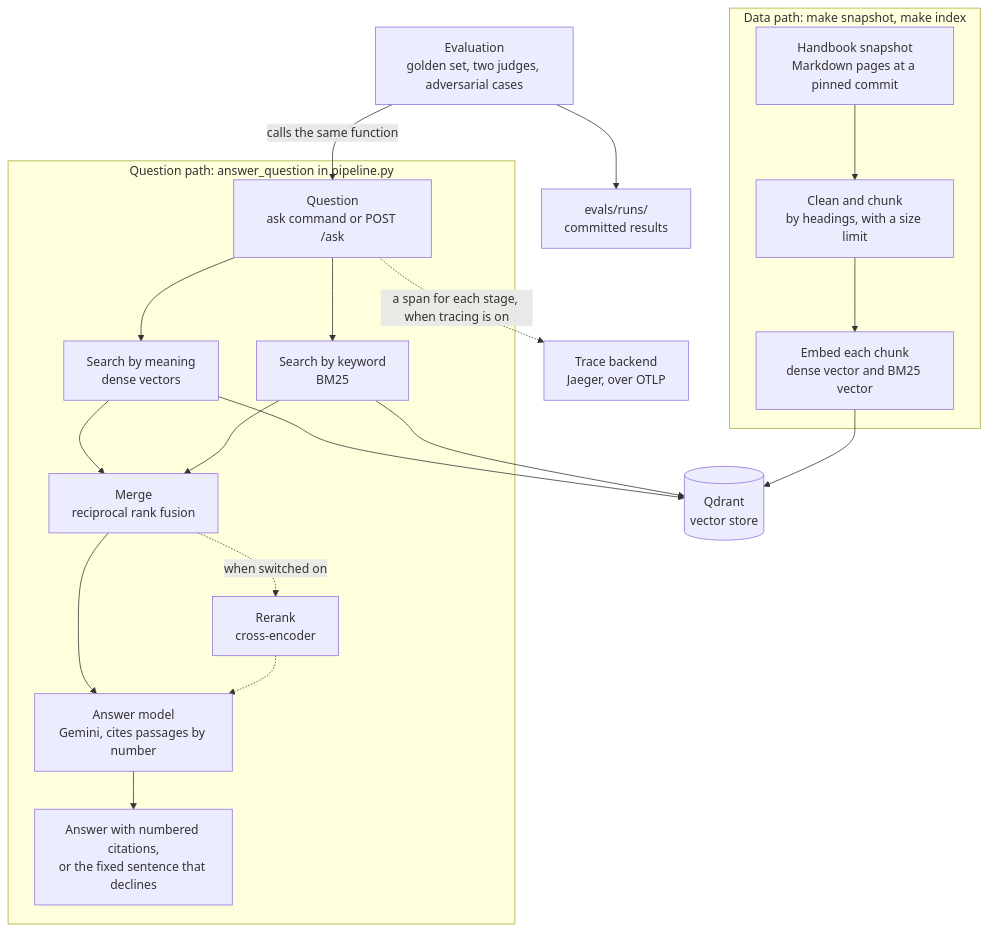
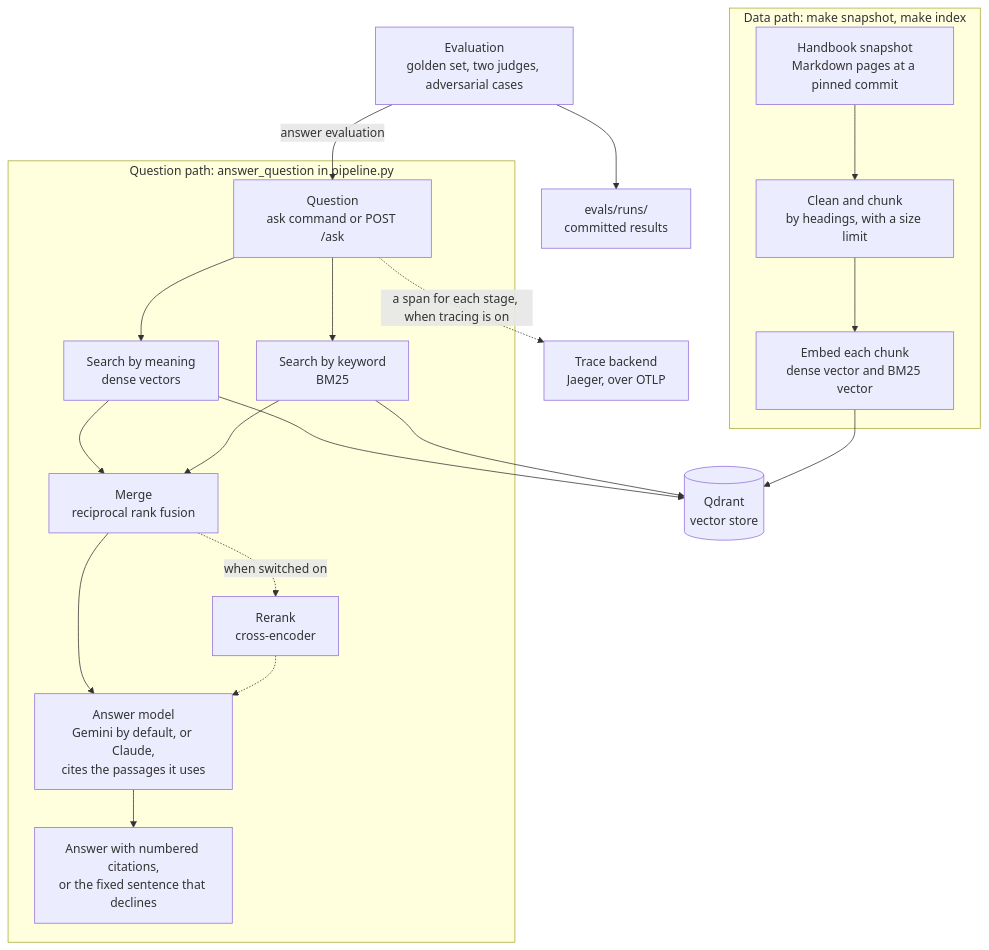
The diagram in README.md (MumukshuPanchal/handbook-rag), drawn with Mermaid before and after one commit. The commit also changed other lines of this file and 5 other files, not shown here.

````diff
--- a/README.md
+++ b/README.md
@@ -9,25 +9,25 @@
 ```mermaid
 flowchart TB
     subgraph data ["Data path: make snapshot, make index"]
         S["Handbook snapshot<br/>Markdown pages at a pinned commit"] --> C["Clean and chunk<br/>by headings, with a size limit"]
         C --> E["Embed each chunk<br/>dense vector and BM25 vector"]
     end
     E --> Q[("Qdrant<br/>vector store")]
 
     subgraph question ["Question path: answer_question in pipeline.py"]
         IN["Question<br/>ask command or POST /ask"] --> D["Search by meaning<br/>dense vectors"]
         IN --> K["Search by keyword<br/>BM25"]
         D --> F["Merge<br/>reciprocal rank fusion"]
         K --> F
         F -. "when switched on" .-> R["Rerank<br/>cross-encoder"]
-        F --> G["Answer model<br/>Gemini, cites passages by number"]
+        F --> G["Answer model<br/>Gemini by default, or Claude,<br/>cites the passages it uses"]
         R -.-> G
         G --> OUT["Answer with numbered citations,<br/>or the fixed sentence that declines"]
     end
     D --> Q
     K --> Q
 
-    EV["Evaluation<br/>golden set, two judges, adversarial cases"] -- "calls the same function" --> IN
+    EV["Evaluation<br/>golden set, two judges, adversarial cases"] -- "answer evaluation" --> IN
     EV --> RUNS["evals/runs/<br/>committed results"]
     IN -. "a span for each stage, when tracing is on" .-> T["Trace backend<br/>Jaeger, over OTLP"]
 ```
````
